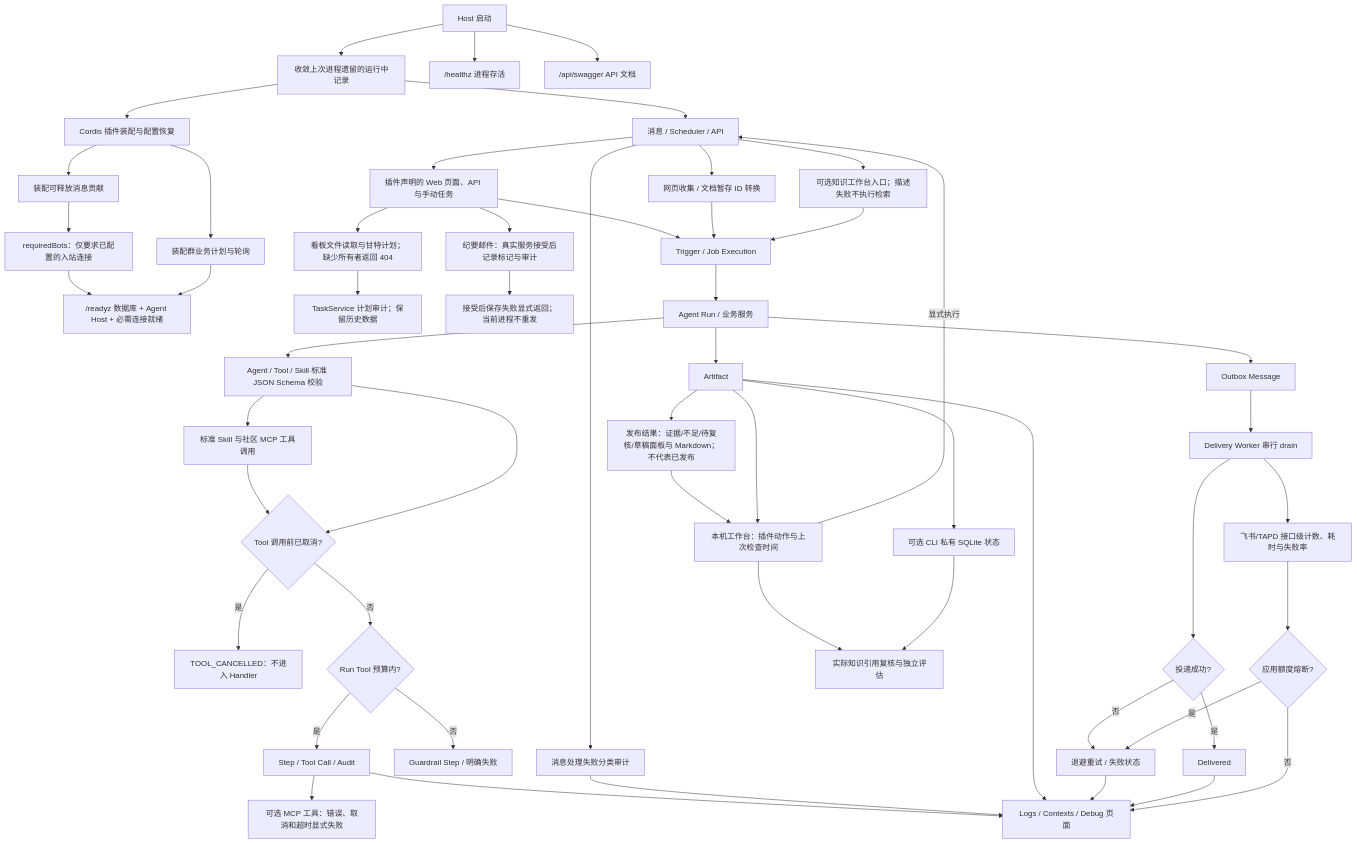
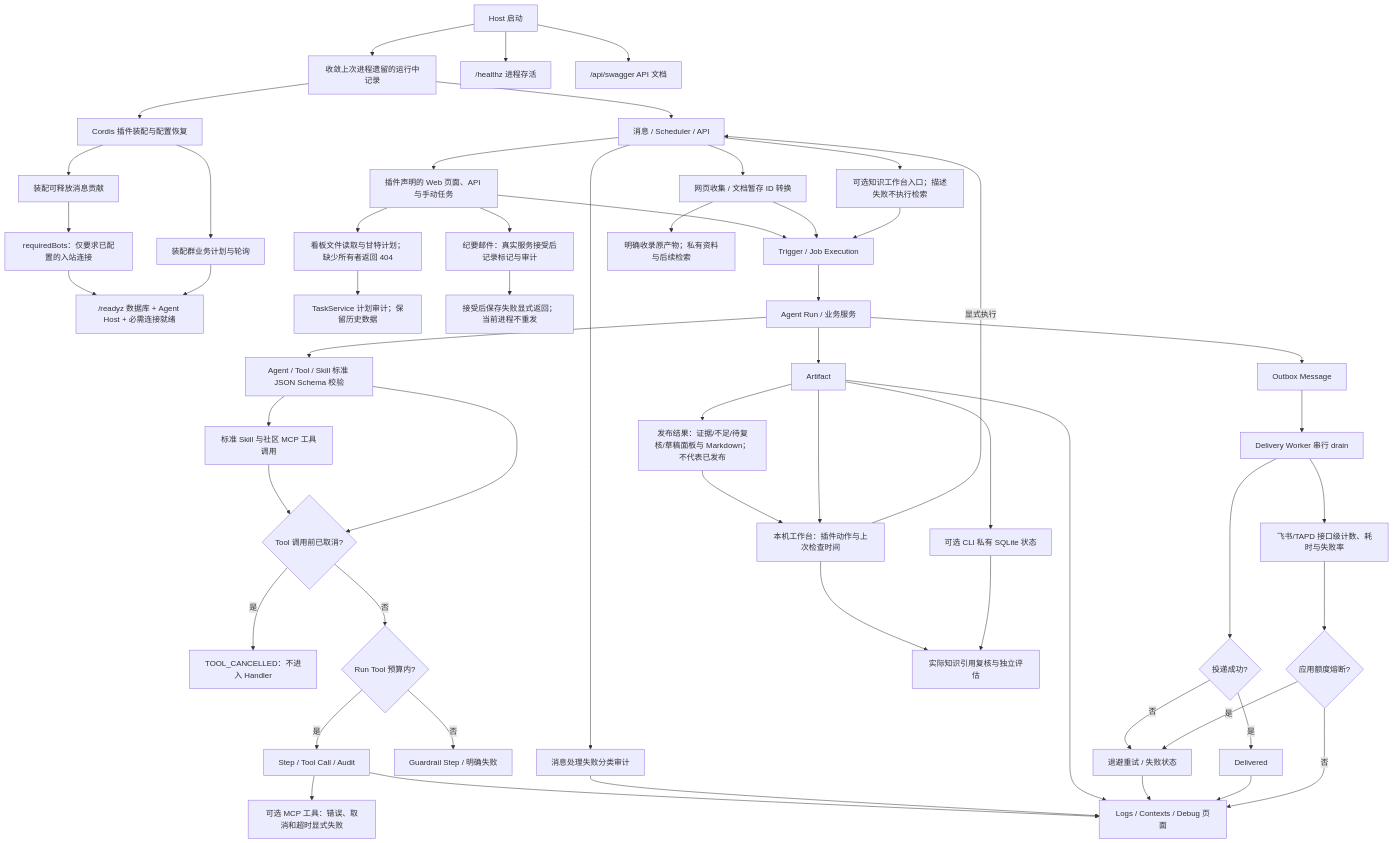
Before and after one commit to KlayPeter/AI-Delivery-Ops-Agent: the diagram in backend/src/platform/runtime/FEATURE.md, drawn with Mermaid. The commit also changed other lines of this file and 29 other files, not shown here.

````diff
--- a/backend/src/platform/runtime/FEATURE.md
+++ b/backend/src/platform/runtime/FEATURE.md
@@ -21,56 +21,57 @@
 ```mermaid
 flowchart TD
     R["Host 启动"] --> S["收敛上次进程遗留的运行中记录"]
     R --> Q["/healthz 进程存活"]
     R --> OAPI["/api/swagger API 文档"]
     S --> P["Cordis 插件装配与配置恢复"]
     P --> MR["装配可释放消息贡献"]
     MR --> BC["requiredBots：仅要求已配置的入站连接"]
     BC --> Z["/readyz 数据库 + Agent Host + 必需连接就绪"]
     P --> SJ[装配群业务计划与轮询]
     SJ --> Z
     S --> A["消息 / Scheduler / API"]
     A --> WOWN[插件声明的 Web 页面、API 与手动任务]
     WOWN --> PV[看板文件读取与甘特计划；缺少所有者返回 404]
     PV --> PA[TaskService 计划审计；保留历史数据]
     WOWN --> EMAIL[纪要邮件：真实服务接受后记录标记与审计]
     EMAIL --> UNCERTAIN[接受后保存失败显式返回；当前进程不重发]
     WOWN --> B["Trigger / Job Execution"]
     B --> C["Agent Run / 业务服务"]
     C --> SC[Agent / Tool / Skill 标准 JSON Schema 校验]
     SC --> C7[标准 Skill 与社区 MCP 工具调用]
     C7 --> TC
     SC --> TC{"Tool 调用前已取消?"}
     D --> MCP[可选 MCP 工具：错误、取消和超时显式失败]
     TC -- 是 --> TR["TOOL_CANCELLED：不进入 Handler"]
     TC -- 否 --> L{"Run Tool 预算内?"}
     L -- 是 --> D["Step / Tool Call / Audit"]
     L -- 否 --> M["Guardrail Step / 明确失败"]
     C --> E["Artifact"]
     C --> F["Outbox Message"]
     F --> G["Delivery Worker 串行 drain"]
     G --> H{"投递成功?"}
     H -- 否 --> I["退避重试 / 失败状态"]
     H -- 是 --> J["Delivered"]
     D --> K["Logs / Contexts / Debug 页面"]
     A --> X["消息处理失败分类审计"]
     X --> K
     A --> COL[网页收集 / 文档暂存 ID 转换]
     COL --> B
     A --> KW[可选知识工作台入口；描述失败不执行检索]
     KW --> B
     E --> RELEASE[发布结果：证据/不足/待复核/草稿面板与 Markdown；不代表已发布]
     RELEASE --> WA
     E --> WA[本机工作台：插件动作与上次检查时间]
     WA -- 显式执行 --> A
     WA --> IC
     E --> KS[可选 CLI 私有 SQLite 状态]
     KS --> IC[实际知识引用复核与独立评估]
     E --> K
     I --> K
     J --> K
     G --> Y["飞书/TAPD 接口级计数、耗时与失败率"]
     Y --> Z1{"应用额度熔断?"}
     Z1 -- "是" --> I
     Z1 -- "否" --> K
+    COL --> KLIB[明确收录原产物；私有资料与后续检索]
 ```
````
